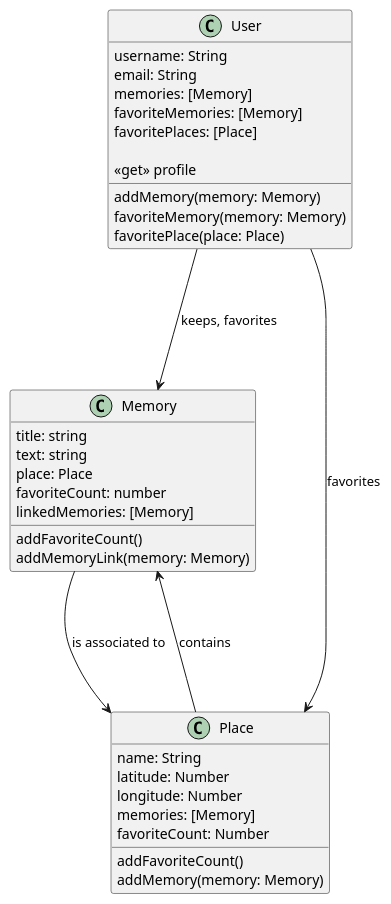
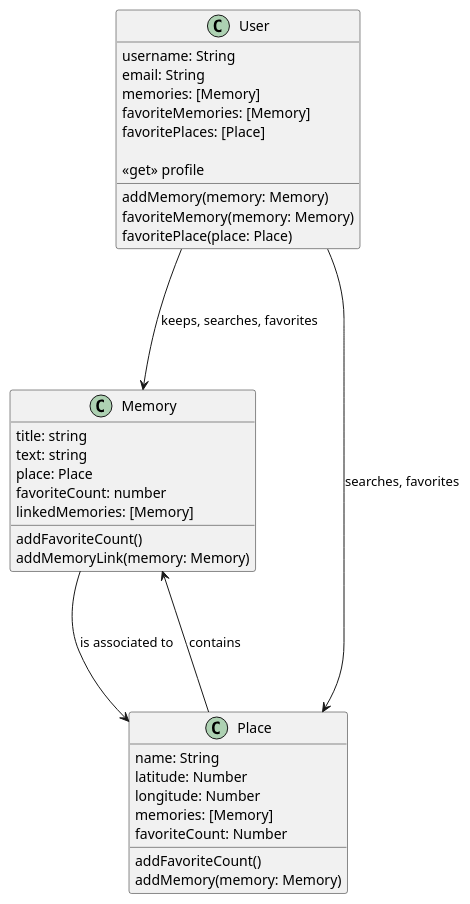
The diagram in architecture/classes.puml (mateusk/mnemo), drawn with PlantUML before and after one commit.

```diff
--- a/architecture/classes.puml
+++ b/architecture/classes.puml
@@ -1,43 +1,43 @@
 @startuml Class Diagram
 
 class Memory {
   title: string
   text: string
   place: Place
   favoriteCount: number
   linkedMemories: [Memory]
 
   addFavoriteCount()
   addMemoryLink(memory: Memory)
 }
 
 class Place {
   name: String
   latitude: Number
   longitude: Number
   memories: [Memory]
   favoriteCount: Number
 
   addFavoriteCount()
   addMemory(memory: Memory)
 }
 
 class User {
   username: String
   email: String
   memories: [Memory]
   favoriteMemories: [Memory]
   favoritePlaces: [Place]
 
   <<get>> profile
   addMemory(memory: Memory)
   favoriteMemory(memory: Memory)
   favoritePlace(place: Place)
 }
 
 Place ---> Memory : contains
 Memory ---> Place : is associated to
-User ---> Memory : keeps, favorites
-User ---> Place : favorites
+User ---> Memory : keeps, searches, favorites
+User ---> Place : searches, favorites
 
 @enduml
```
